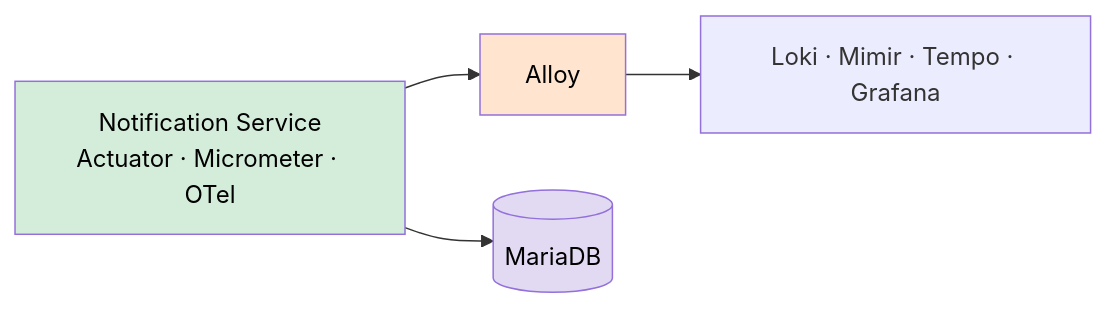
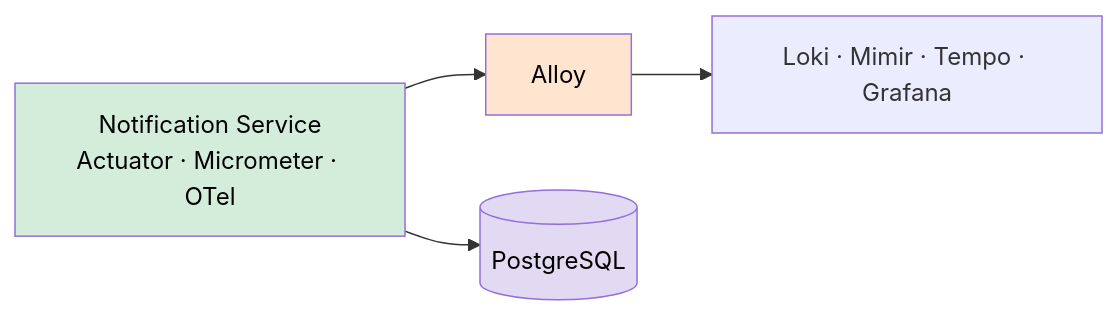
The sixth of 8 diagrams in observability/docs/01-architecture.md (scofe97/notification-lab), drawn with Mermaid before and after one commit. The commit also changed other lines of this file and 2 other files, not shown here.

First line of the commit message:
docs: 관측 스터디 계획 — DB를 PostgreSQL로 통일, 주차별 아키텍처 설명·관측 키워드 추가

````diff
--- a/observability/docs/01-architecture.md
+++ b/observability/docs/01-architecture.md
@@ -101,9 +113,9 @@
 ```mermaid
 flowchart LR
     APP["Notification Service<br/>Actuator · Micrometer · OTel"] --> ALLOY["Alloy"]
-    APP --> DB[("MariaDB")]
+    APP --> PG[("PostgreSQL")]
     ALLOY --> LGMT["Loki · Mimir · Tempo · Grafana"]
     style APP fill:#d4edda,color:#000
-    style DB fill:#e2d9f3,color:#000
+    style PG fill:#e2d9f3,color:#000
     style ALLOY fill:#ffe5d0,color:#000
 ```
````
